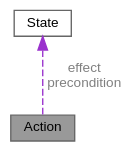
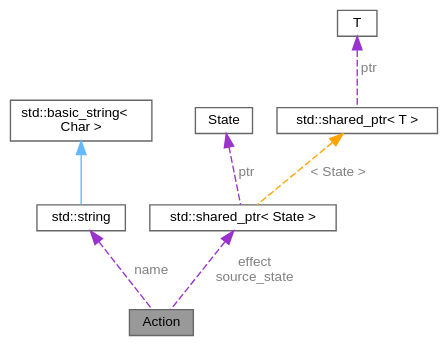
One commit to velocitatem/Symphony changed the diagram in classAction__coll__graph.dot. Above: the diagram before and after it, drawn with Graphviz. The commit also changed 67 other files, not shown here.

```diff
--- a/classAction__coll__graph.dot
+++ b/classAction__coll__graph.dot
@@ -1,11 +1,21 @@
 digraph "Action"
 {
  // INTERACTIVE_SVG=YES
  // LATEX_PDF_SIZE
   bgcolor="transparent";
   edge [fontname=Helvetica,fontsize=10,labelfontname=Helvetica,labelfontsize=10];
   node [fontname=Helvetica,fontsize=10,shape=box,height=0.2,width=0.4];
   Node1 [id="Node000001",label="Action",height=0.2,width=0.4,color="gray40", fillcolor="grey60", style="filled", fontcolor="black",tooltip="Represents an abstract action that can be performed on a state."];
-  Node2 -> Node1 [id="edge1_Node000001_Node000002",dir="back",color="darkorchid3",style="dashed",tooltip=" ",label=" effect\nprecondition",fontcolor="grey" ];
-  Node2 [id="Node000002",label="State",height=0.2,width=0.4,color="gray40", fillcolor="white", style="filled",URL="$classState.html",tooltip="Represents an abstract state in a problem."];
+  Node2 -> Node1 [id="edge1_Node000001_Node000002",dir="back",color="darkorchid3",style="dashed",tooltip=" ",label=" name",fontcolor="grey" ];
+  Node2 [id="Node000002",label="std::string",height=0.2,width=0.4,color="gray40", fillcolor="white", style="filled",tooltip=" "];
+  Node3 -> Node2 [id="edge2_Node000002_Node000003",dir="back",color="steelblue1",style="solid",tooltip=" "];
+  Node3 [id="Node000003",label="std::basic_string\<\l Char \>",height=0.2,width=0.4,color="gray40", fillcolor="white", style="filled",tooltip=" "];
+  Node4 -> Node1 [id="edge3_Node000001_Node000004",dir="back",color="darkorchid3",style="dashed",tooltip=" ",label=" effect\nsource_state",fontcolor="grey" ];
+  Node4 [id="Node000004",label="std::shared_ptr\< State \>",height=0.2,width=0.4,color="gray40", fillcolor="white", style="filled",tooltip=" "];
+  Node5 -> Node4 [id="edge4_Node000004_Node000005",dir="back",color="darkorchid3",style="dashed",tooltip=" ",label=" ptr",fontcolor="grey" ];
+  Node5 [id="Node000005",label="State",height=0.2,width=0.4,color="gray40", fillcolor="white", style="filled",URL="$classState.html",tooltip="Represents an abstract state in a problem."];
+  Node6 -> Node4 [id="edge5_Node000004_Node000006",dir="back",color="orange",style="dashed",tooltip=" ",label=" \< State \>",fontcolor="grey" ];
+  Node6 [id="Node000006",label="std::shared_ptr\< T \>",height=0.2,width=0.4,color="gray40", fillcolor="white", style="filled",tooltip=" "];
+  Node7 -> Node6 [id="edge6_Node000006_Node000007",dir="back",color="darkorchid3",style="dashed",tooltip=" ",label=" ptr",fontcolor="grey" ];
+  Node7 [id="Node000007",label="T",height=0.2,width=0.4,color="gray40", fillcolor="white", style="filled",tooltip=" "];
 }
```
